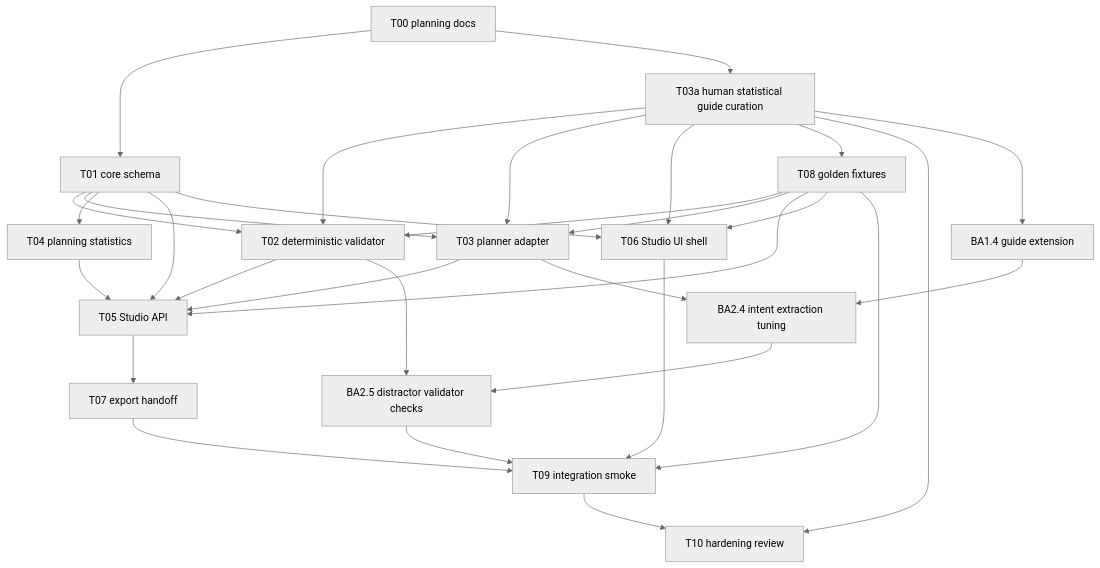
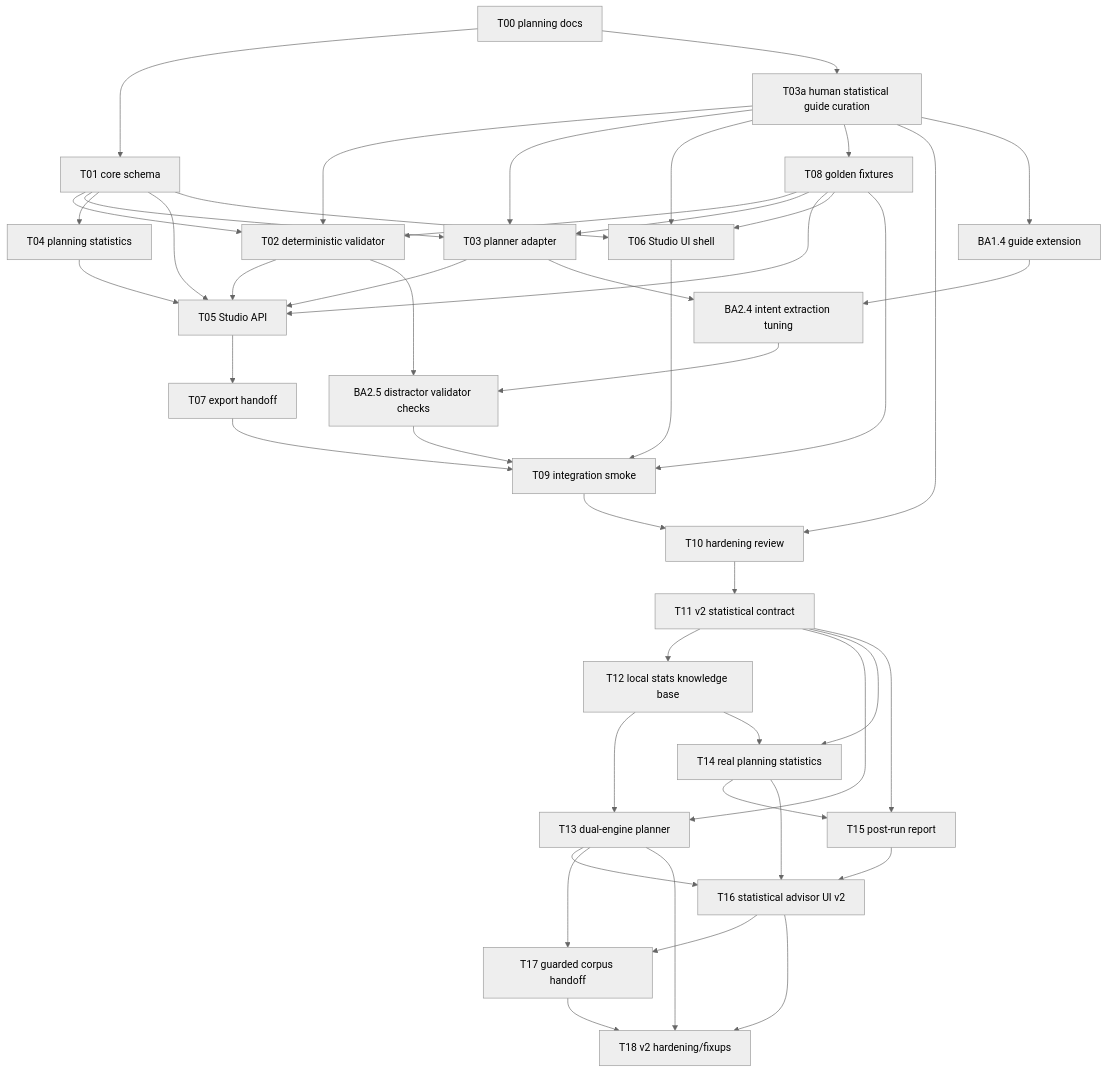
Before and after one commit to ITMO-NSS-team/DynamicMCPBench: the diagram in docs_benchmark_advisor/planning/TASK_GRAPH.md, drawn with Mermaid (neutral theme). The commit also changed other lines of this file and 19 other files, not shown here.

Commit message:
Plan advisor v2 statistical work

````diff
--- a/docs_benchmark_advisor/planning/TASK_GRAPH.md
+++ b/docs_benchmark_advisor/planning/TASK_GRAPH.md
@@ -9,49 +9,73 @@
 ```mermaid
 graph TD
   T00["T00 planning docs"]
   T01["T01 core schema"]
   T02["T02 deterministic validator"]
   T03A["T03a human statistical guide curation"]
   T03["T03 planner adapter"]
   T04["T04 planning statistics"]
   T05["T05 Studio API"]
   T06["T06 Studio UI shell"]
   T07["T07 export handoff"]
   T08["T08 golden fixtures"]
   T09["T09 integration smoke"]
   T10["T10 hardening review"]
+  T11["T11 v2 statistical contract"]
+  T12["T12 local stats knowledge base"]
+  T13["T13 dual-engine planner"]
+  T14["T14 real planning statistics"]
+  T15["T15 post-run report"]
+  T16["T16 statistical advisor UI v2"]
+  T17["T17 guarded corpus handoff"]
+  T18["T18 v2 hardening/fixups"]
   BA14["BA1.4 guide extension"]
   BA24["BA2.4 intent extraction tuning"]
   BA25["BA2.5 distractor validator checks"]
 
   T00 --> T01
   T00 --> T03A
   T01 --> T02
   T01 --> T03
   T01 --> T04
   T01 --> T05
   T01 --> T06
   T03A --> T02
   T03A --> T03
   T03A --> T06
   T03A --> T08
   T08 --> T02
   T08 --> T03
   T08 --> T05
   T08 --> T06
   T02 --> T05
   T03 --> T05
   T04 --> T05
   T05 --> T07
   T06 --> T09
   T07 --> T09
   T08 --> T09
   T03A --> T10
   T09 --> T10
   T03A --> BA14
   BA14 --> BA24
   T03 --> BA24
   T02 --> BA25
   BA24 --> BA25
   BA25 --> T09
+  T10 --> T11
+  T11 --> T12
+  T11 --> T13
+  T11 --> T14
+  T11 --> T15
+  T12 --> T13
+  T12 --> T14
+  T13 --> T16
+  T14 --> T15
+  T14 --> T16
+  T15 --> T16
+  T16 --> T17
+  T13 --> T17
+  T17 --> T18
+  T16 --> T18
+  T13 --> T18
 ```
````
